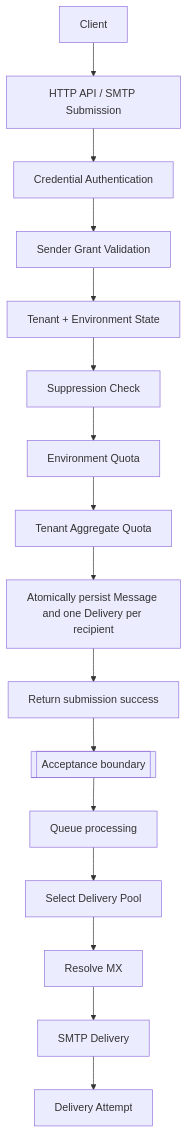
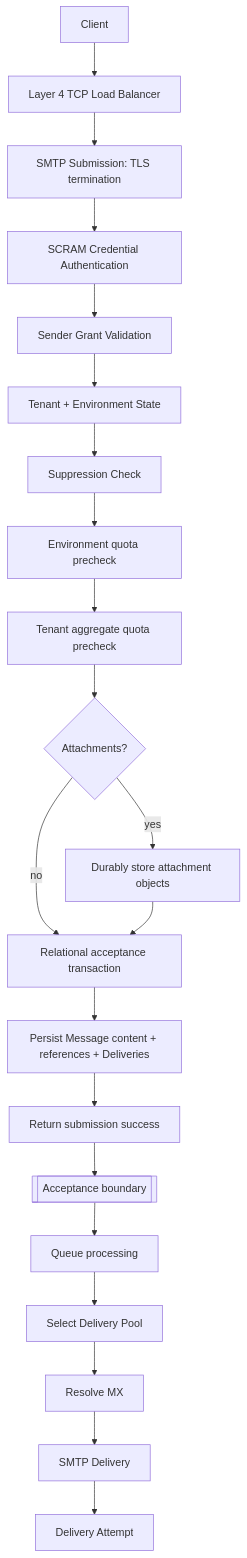
Before and after one commit to viiag7/ProjectVelaris: the diagram in docs/architecture/overview.md, drawn with Mermaid. The commit also changed other lines of this file and 13 other files, not shown here.

Commit message:
docs: define SMTP submission architecture

````diff
--- a/docs/architecture/overview.md
+++ b/docs/architecture/overview.md
@@ -7,18 +7,23 @@
 ```mermaid
 flowchart TD
-    C[Client] --> A[HTTP API / SMTP Submission]
-    A --> AUTH[Credential Authentication]
+    C[Client] --> L4[Layer 4 TCP Load Balancer]
+    L4 --> A[SMTP Submission: TLS termination]
+    A --> AUTH[SCRAM Credential Authentication]
     AUTH --> SG[Sender Grant Validation]
     SG --> STATUS[Tenant + Environment State]
     STATUS --> SUP[Suppression Check]
-    SUP --> EQ[Environment Quota]
-    EQ --> TQ[Tenant Aggregate Quota]
-    TQ --> M[Atomically persist Message and one Delivery per recipient]
-    M --> ACK[Return submission success]
+    SUP --> EQ[Environment quota precheck]
+    EQ --> TQ[Tenant aggregate quota precheck]
+    TQ --> B{Attachments?}
+    B -- yes --> O[Durably store attachment objects]
+    B -- no --> M[Relational acceptance transaction]
+    O --> M
+    M --> P[Persist Message content + references + Deliveries]
+    P --> ACK[Return submission success]
     ACK --> BOUNDARY[[Acceptance boundary]]
     BOUNDARY --> Q[Queue processing]
     Q --> DP[Select Delivery Pool]
     DP --> MX[Resolve MX]
     MX --> SMTP[SMTP Delivery]
     SMTP --> ATT[Delivery Attempt]
 ```
````
